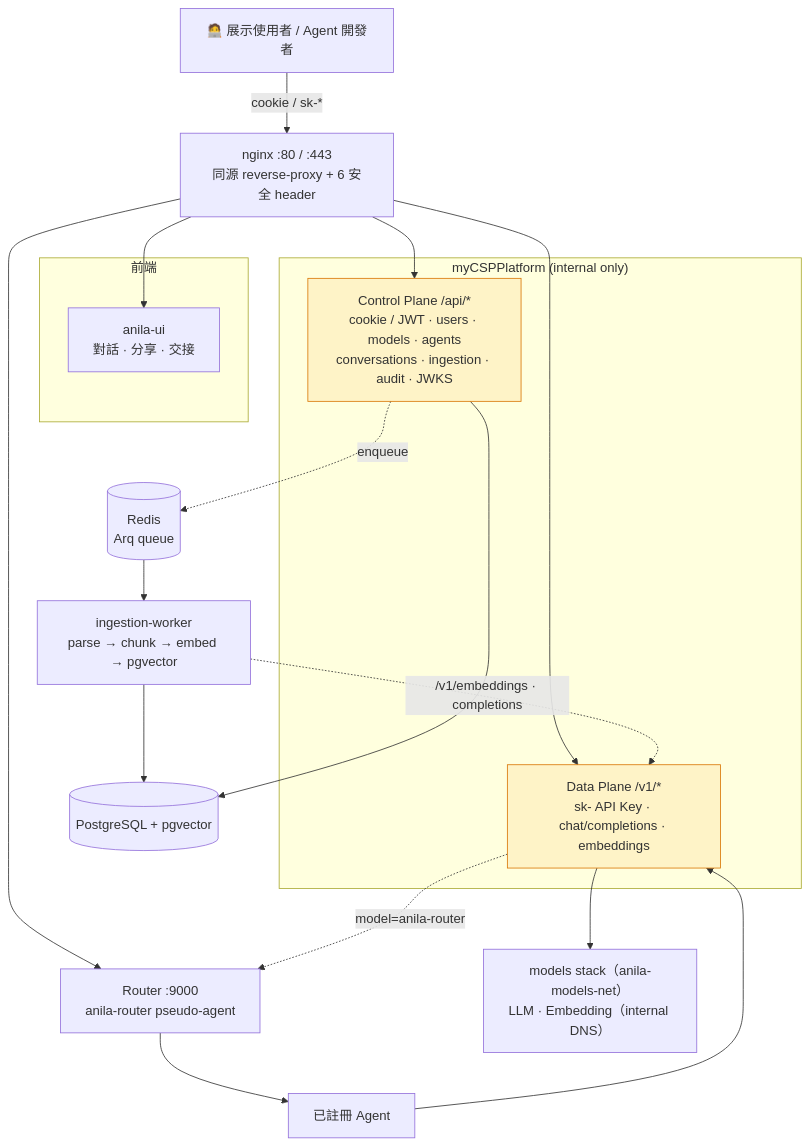
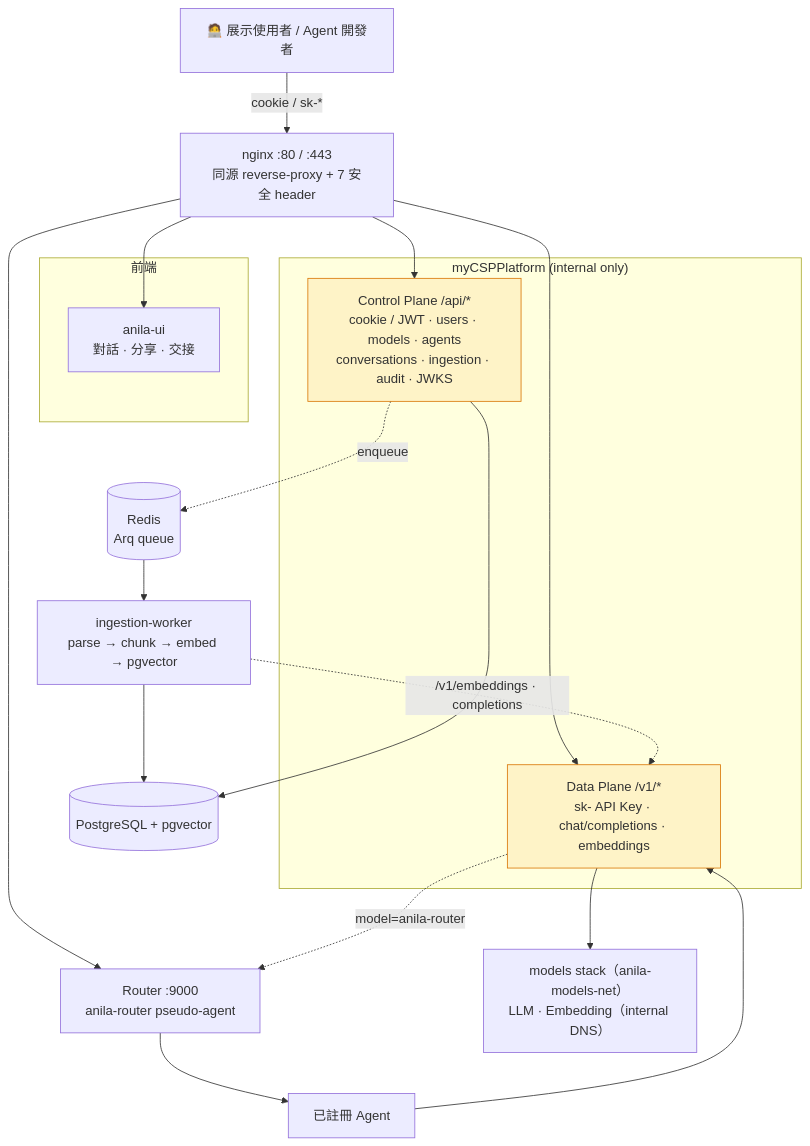
The diagram in README.md (zzw09773/ANILA), drawn with Mermaid before and after one commit. The commit also changed other lines of this file and 22 other files, not shown here.

````diff
--- a/README.md
+++ b/README.md
@@ -56,31 +56,31 @@
 ```mermaid
 flowchart TB
     users["🧑‍💻 展示使用者 / Agent 開發者"]
-    nginx["nginx :80 / :443<br/>同源 reverse-proxy + 6 安全 header"]
+    nginx["nginx :80 / :443<br/>同源 reverse-proxy + 7 安全 header"]
 
     subgraph spas["前端"]
         anila_ui["anila-ui<br/>對話 · 分享 · 交接"]
     end
 
     subgraph csp["myCSPPlatform (internal only)"]
         csp_ctrl["Control Plane /api/*<br/>cookie / JWT · users · models · agents<br/>conversations · ingestion · audit · JWKS"]
         csp_data["Data Plane /v1/*<br/>sk- API Key · chat/completions · embeddings"]
     end
 
     router_core["Router :9000<br/>anila-router pseudo-agent"]
     agents["已註冊 Agent"]
     redis[("Redis<br/>Arq queue")]
     worker["ingestion-worker<br/>parse → chunk → embed → pgvector"]
     llm["models stack（anila-models-net）<br/>LLM · Embedding（internal DNS）"]
     db[("PostgreSQL + pgvector")]
 
     users -->|cookie / sk-*| nginx --> anila_ui & csp_ctrl & csp_data & router_core
     csp_data -.->|model=anila-router| router_core --> agents --> csp_data
     csp_ctrl --> db
     csp_data --> llm
     csp_ctrl -.->|enqueue| redis --> worker --> db
     worker -.->|/v1/embeddings · completions| csp_data
 
     classDef plane fill:#fef3c7,stroke:#d97706
     class csp_ctrl,csp_data plane
 ```
````
